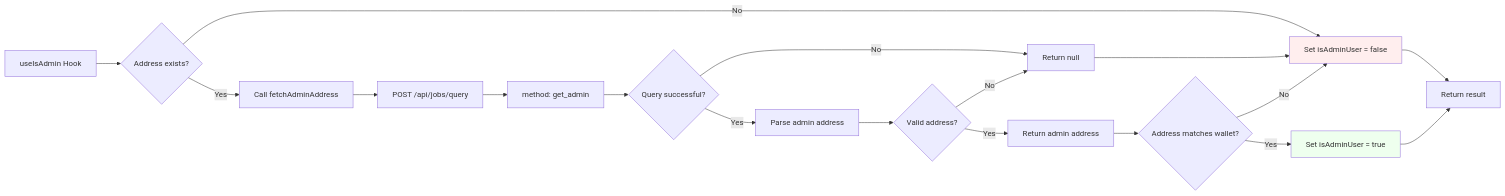
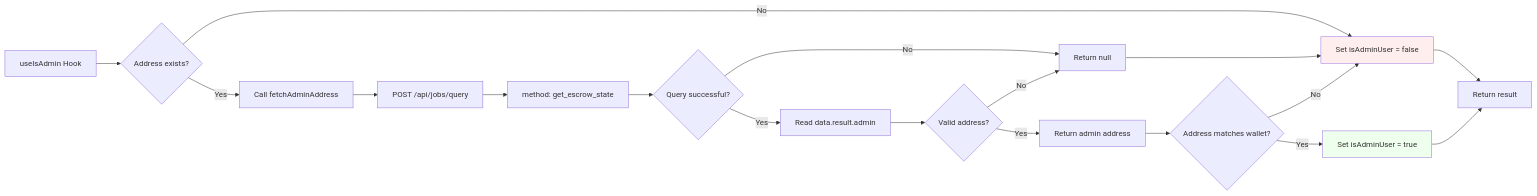
Before and after one commit to Goldii-locks/escrow-frontend: the fourth of 8 diagrams in docs/admin-flow-diagram.md, drawn with Mermaid. The commit also changed other lines of this file and 29 other files, not shown here.

````diff
--- a/docs/admin-flow-diagram.md
+++ b/docs/admin-flow-diagram.md
@@ -118,28 +118,28 @@
 ```mermaid
 flowchart LR
     A[useIsAdmin Hook] --> B{Address exists?}
     B -->|No| C[Set isAdminUser = false]
     B -->|Yes| D[Call fetchAdminAddress]
 
     D --> E[POST /api/jobs/query]
-    E --> F[method: get_admin]
+    E --> F[method: get_escrow_state]
     F --> G{Query successful?}
 
     G -->|No| H[Return null]
-    G -->|Yes| I[Parse admin address]
+    G -->|Yes| I[Read data.result.admin]
 
     I --> J{Valid address?}
     J -->|No| H
     J -->|Yes| K[Return admin address]
 
     H --> C
     K --> L{Address matches wallet?}
     L -->|Yes| M[Set isAdminUser = true]
     L -->|No| C
 
     C --> N[Return result]
     M --> N
 
     style M fill:#efe
     style C fill:#fee
 ```
````
